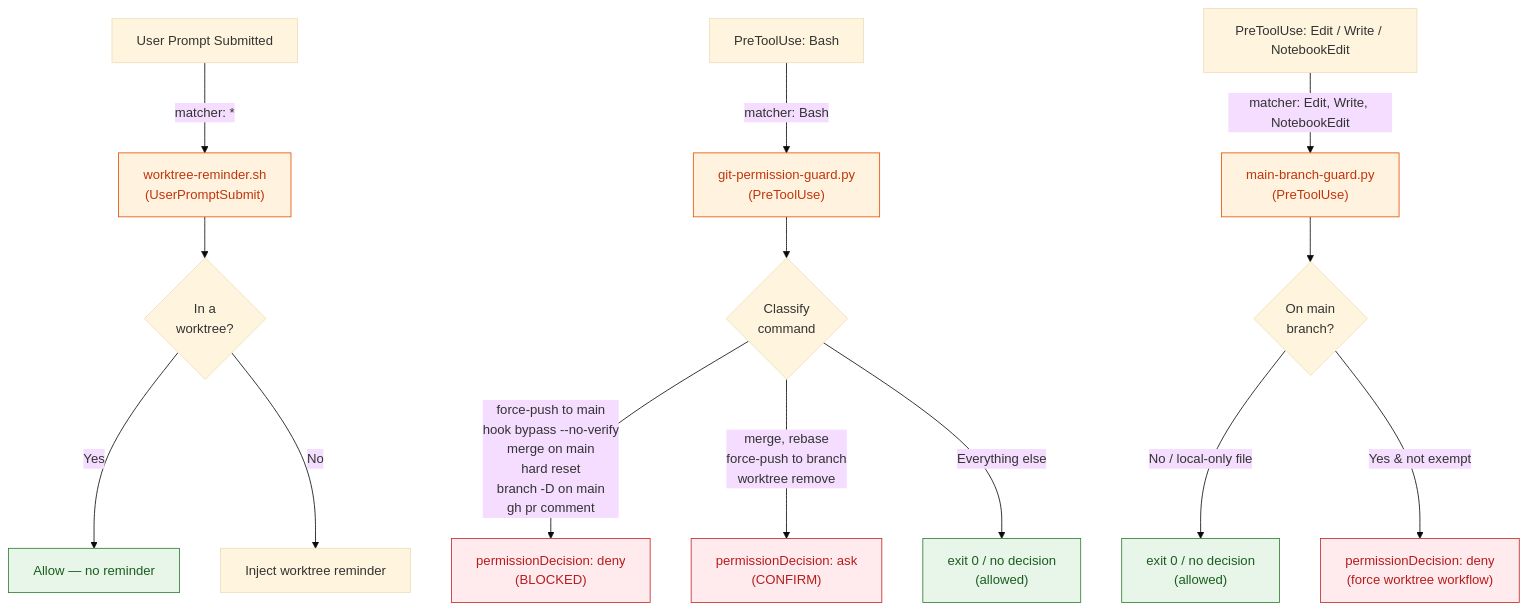
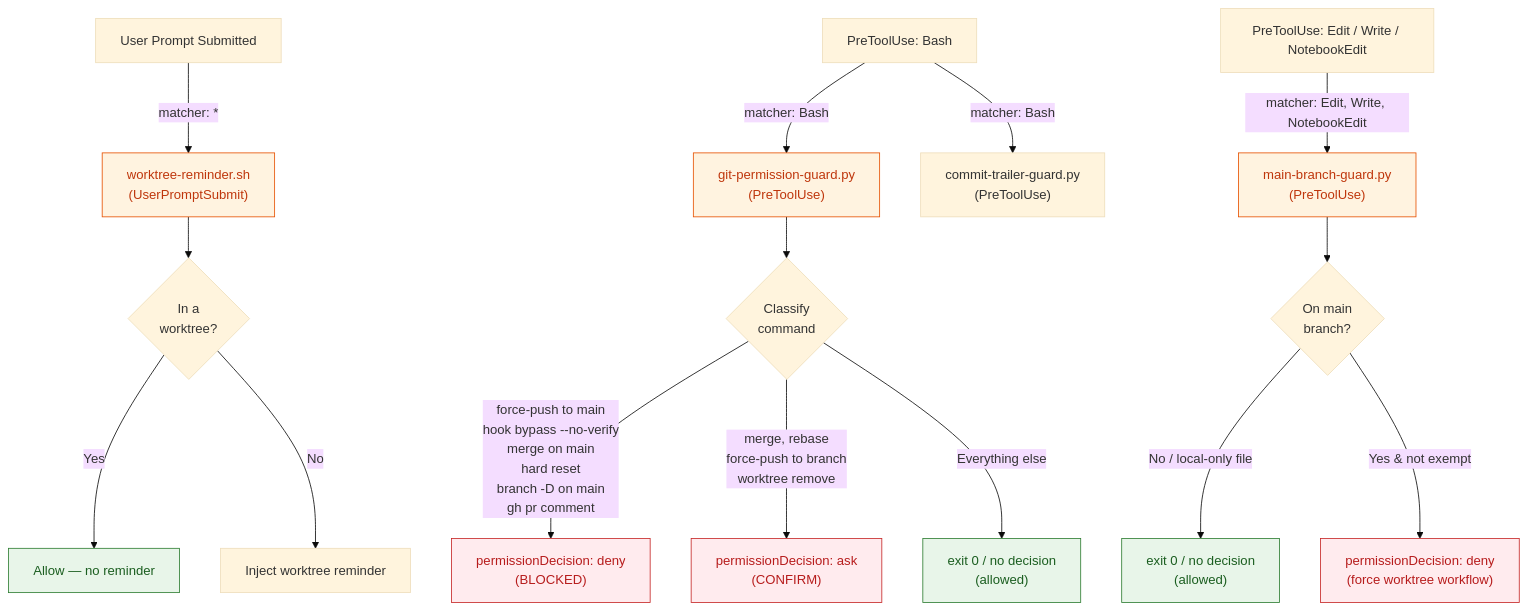
One commit to dryvist/claude-code-plugins changed the first of 2 diagrams in git-guards/ARCHITECTURE.md. Above: the diagram before and after it, drawn with Mermaid (base theme). The commit also changed other lines of this file and 8 other files, not shown here.

````diff
--- a/git-guards/ARCHITECTURE.md
+++ b/git-guards/ARCHITECTURE.md
@@ -9,31 +9,32 @@
 ```mermaid
 flowchart TD
     UP["User Prompt Submitted"]
     PT_BASH["PreToolUse: Bash"]
     PT_EDIT["PreToolUse: Edit / Write / NotebookEdit"]
 
     UP -->|"matcher: *"| WR["worktree-reminder.sh\n(UserPromptSubmit)"]
     PT_BASH -->|"matcher: Bash"| PG["git-permission-guard.py\n(PreToolUse)"]
+    PT_BASH -->|"matcher: Bash"| TG["commit-trailer-guard.py\n(PreToolUse)"]
     PT_EDIT -->|"matcher: Edit, Write, NotebookEdit"| MBG["main-branch-guard.py\n(PreToolUse)"]
 
     WR --> WR_CHECK{"In a\nworktree?"}
     WR_CHECK -->|Yes| WR_ALLOW["Allow — no reminder"]
     WR_CHECK -->|No| WR_WARN["Inject worktree reminder"]
 
     PG --> PG_CLASSIFY{"Classify\ncommand"}
     PG_CLASSIFY -->|"force-push to main\nhook bypass --no-verify\nmerge on main\nhard reset\nbranch -D on main\ngh pr comment"| PG_BLOCK["permissionDecision: deny\n(BLOCKED)"]
     PG_CLASSIFY -->|"merge, rebase\nforce-push to branch\nworktree remove"| PG_CONFIRM["permissionDecision: ask\n(CONFIRM)"]
     PG_CLASSIFY -->|"Everything else"| PG_ALLOW["exit 0 / no decision\n(allowed)"]
 
     MBG --> MBG_CHECK{"On main\nbranch?"}
     MBG_CHECK -->|No / local-only file| MBG_ALLOW["exit 0 / no decision\n(allowed)"]
     MBG_CHECK -->|Yes & not exempt| MBG_BLOCK["permissionDecision: deny\n(force worktree workflow)"]
 
     classDef hook fill:#fff3e0,stroke:#e65100,color:#bf360c
     classDef block fill:#ffebee,stroke:#c62828,color:#b71c1c
     classDef allow fill:#e8f5e9,stroke:#2e7d32,color:#1b5e20
 
     class WR,PG,MBG hook
     class PG_BLOCK,PG_CONFIRM,MBG_BLOCK block
     class WR_ALLOW,PG_ALLOW,MBG_ALLOW allow
 ```
````
